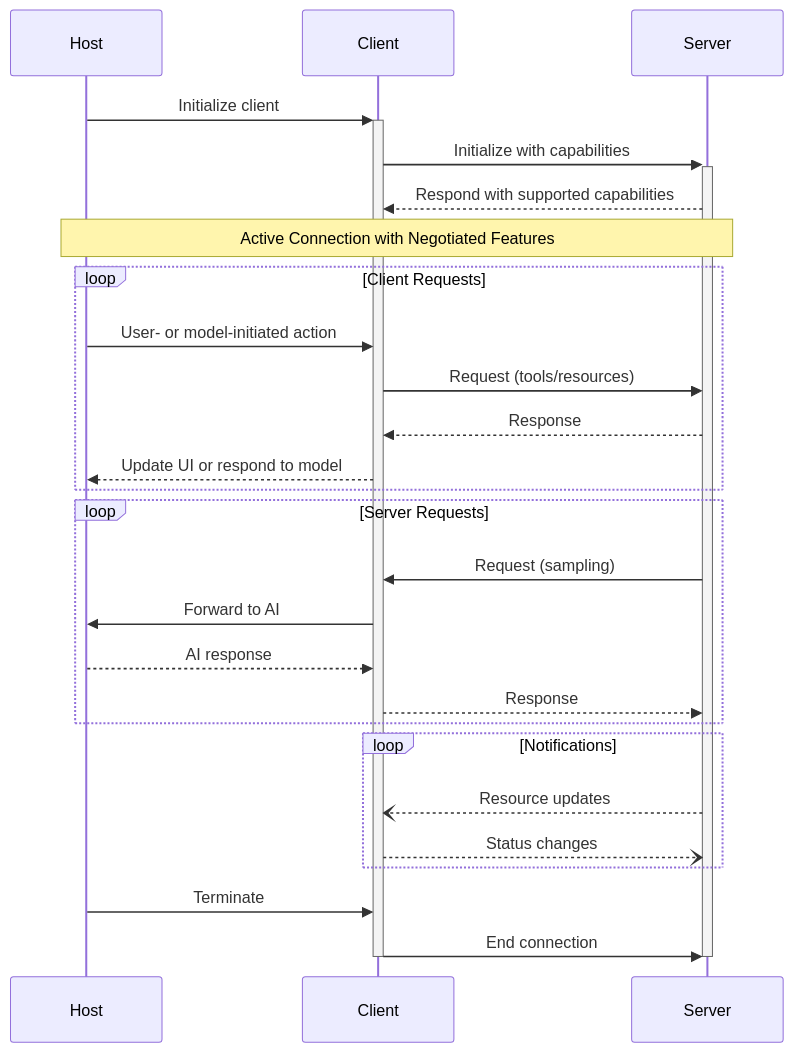
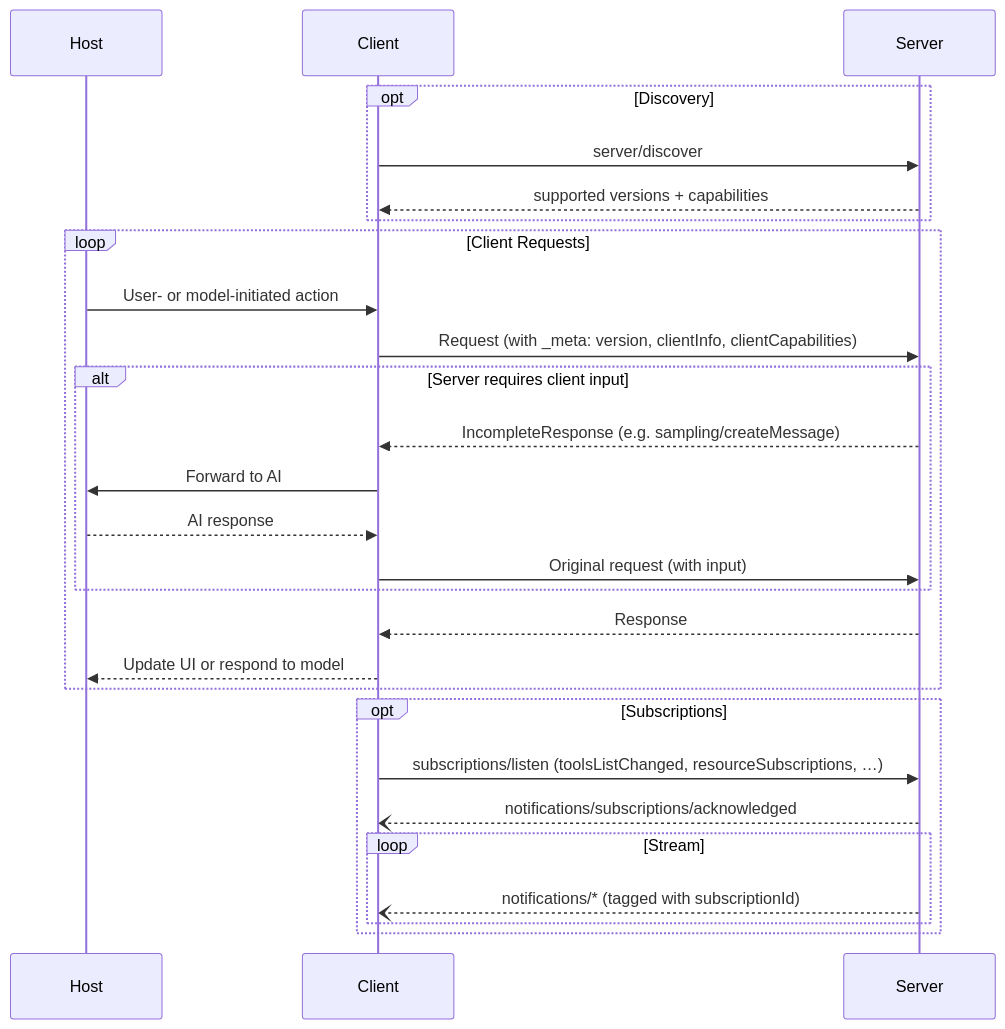
One commit to HIDORAKAI002/ai-workspace-archive changed the second of 2 diagrams in mcp_ecosystem__model_context_protocol/official_mcp_repositories__anthropic/modelcontextprotocol/docs/specification/draft/architecture/index.mdx. Above: the diagram before and after it, drawn with Mermaid. The commit also changed other lines of this file and 3896 other files, not shown here.

````diff
--- a/mcp_ecosystem__model_context_protocol/official_mcp_repositories__anthropic/modelcontextprotocol/docs/specification/draft/architecture/index.mdx
+++ b/mcp_ecosystem__model_context_protocol/official_mcp_repositories__anthropic/modelcontextprotocol/docs/specification/draft/architecture/index.mdx
@@ -126,35 +131,32 @@
 ```mermaid
 sequenceDiagram
     participant Host
     participant Client
     participant Server
 
-    Host->>+Client: Initialize client
-    Client->>+Server: Initialize with capabilities
-    Server-->>Client: Respond with supported capabilities
-
-    Note over Host,Server: Active Connection with Negotiated Features
+    opt Discovery
+        Client->>Server: server/discover
+        Server-->>Client: supported versions + capabilities
+    end
 
     loop Client Requests
         Host->>Client: User- or model-initiated action
-        Client->>Server: Request (tools/resources)
+        Client->>Server: Request (with _meta: version, clientInfo, clientCapabilities)
+        alt Server requires client input
+            Server-->>Client: IncompleteResponse (e.g. sampling/createMessage)
+            Client->>Host: Forward to AI
+            Host-->>Client: AI response
+            Client->>Server: Original request (with input)
+        end
         Server-->>Client: Response
         Client-->>Host: Update UI or respond to model
     end
 
-    loop Server Requests
-        Server->>Client: Request (sampling)
-        Client->>Host: Forward to AI
-        Host-->>Client: AI response
-        Client-->>Server: Response
+    opt Subscriptions
+        Client->>Server: subscriptions/listen (toolsListChanged, resourceSubscriptions, …)
+        Server--)Client: notifications/subscriptions/acknowledged
+        loop Stream
+            Server--)Client: notifications/* (tagged with subscriptionId)
+        end
     end
-
-    loop Notifications
-        Server--)Client: Resource updates
-        Client--)Server: Status changes
-    end
-
-    Host->>Client: Terminate
-    Client->>-Server: End connection
-    deactivate Server
 ```
````
